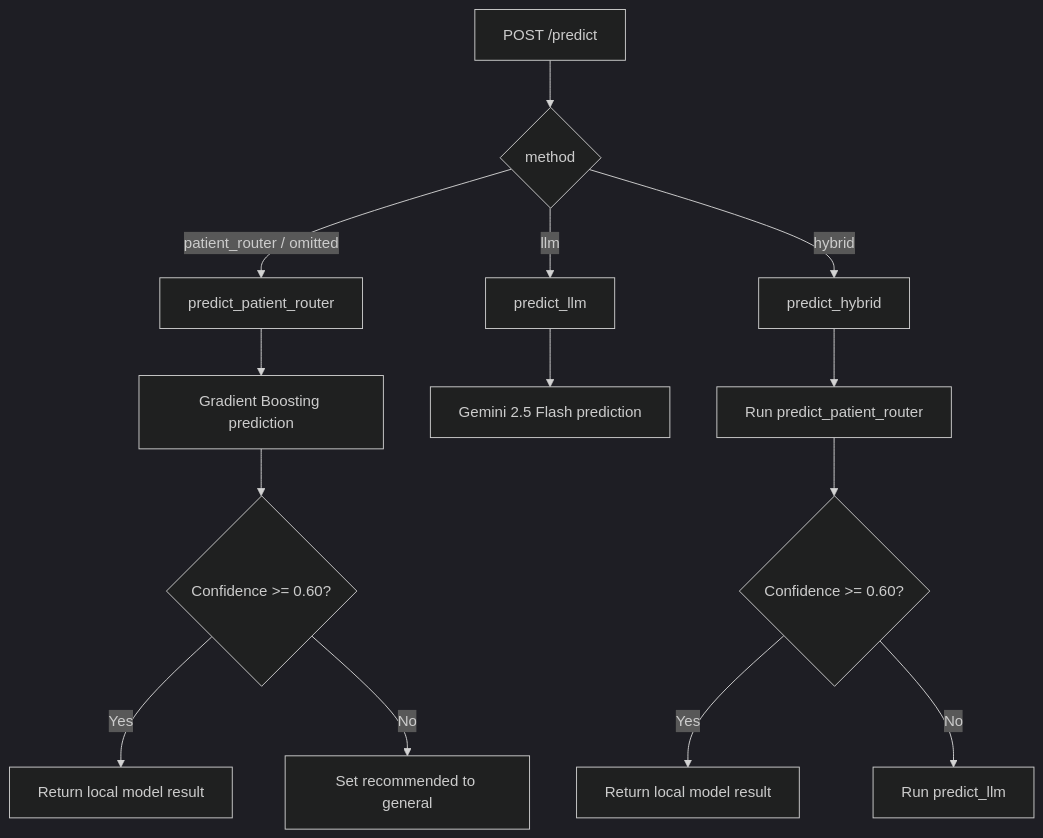
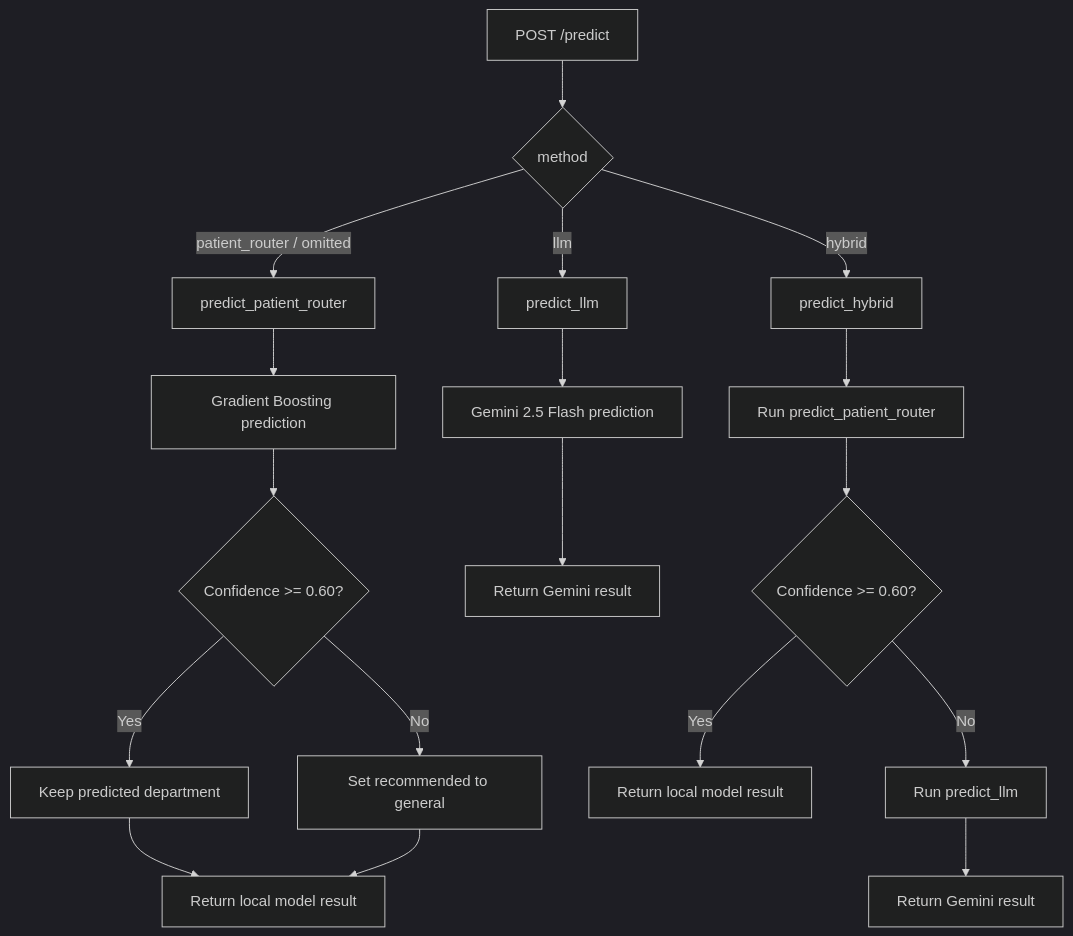
One commit to AyusmanNanda/patient-router changed the second of 6 diagrams in docs/architecture.md. Above: the diagram before and after it, drawn with Mermaid (dark theme). The commit also changed other lines of this file and 4 other files, not shown here.

Commit message:
patient-router: update docs.

````diff
--- a/docs/architecture.md
+++ b/docs/architecture.md
@@ -67,19 +67,23 @@
 ```mermaid
 flowchart TD
     A[POST /predict] --> B{method}
     B -- patient_router / omitted --> C[predict_patient_router]
     B -- llm --> D[predict_llm]
     B -- hybrid --> E[predict_hybrid]
 
     C --> F[Gradient Boosting prediction]
     F --> G{Confidence >= 0.60?}
-    G -- Yes --> H[Return local model result]
+    G -- Yes --> H[Keep predicted department]
     G -- No --> I[Set recommended to general]
+    H --> J[Return local model result]
+    I --> J
 
-    D --> J[Gemini 2.5 Flash prediction]
+    D --> K[Gemini 2.5 Flash prediction]
+    K --> L[Return Gemini result]
 
-    E --> K[Run predict_patient_router]
-    K --> L{Confidence >= 0.60?}
-    L -- Yes --> M[Return local model result]
-    L -- No --> N[Run predict_llm]
+    E --> M[Run predict_patient_router]
+    M --> N{Confidence >= 0.60?}
+    N -- Yes --> O[Return local model result]
+    N -- No --> P[Run predict_llm]
+    P --> Q[Return Gemini result]
 ```
````
